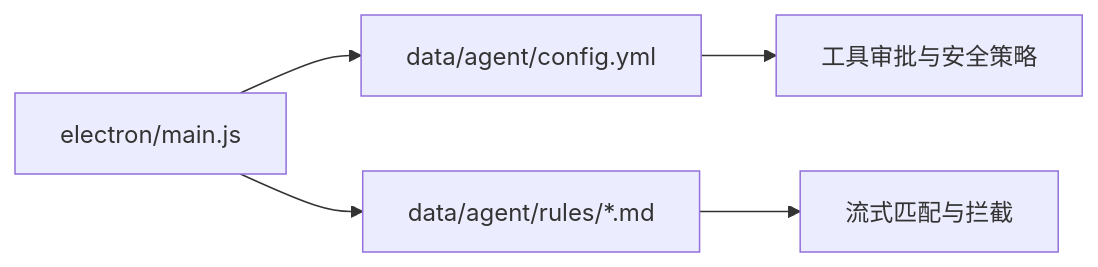
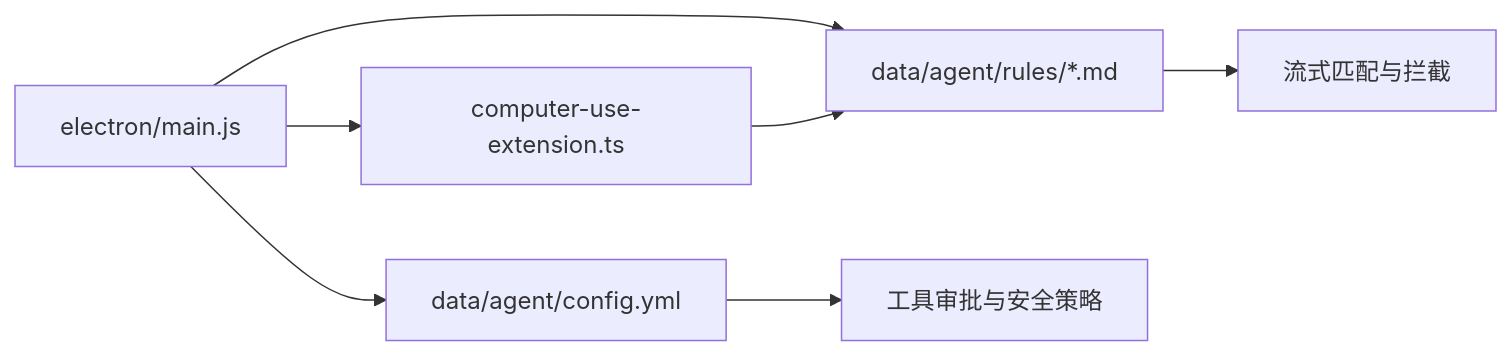
One commit to swond-Mao/Tiffa changed the fifth of 5 diagrams in .qoder/repowiki/zh/content/约束系统/约束系统.md. Above: the diagram before and after it, drawn with Mermaid. The commit also changed other lines of this file and 18 other files, not shown here.

````diff
--- a/.qoder/repowiki/zh/content/约束系统/约束系统.md
+++ b/.qoder/repowiki/zh/content/约束系统/约束系统.md
@@ -273,7 +278,9 @@
 ```mermaid
 graph LR
-Main["electron/main.js"] --> Config["data/agent/config.yml"]
+Main["electron/main.js"] --> Ext["computer-use-extension.ts"]
+Main --> Config["data/agent/config.yml"]
 Main --> Rules["data/agent/rules/*.md"]
+Ext --> Rules
 Rules --> Flow["流式匹配与拦截"]
 Config --> Policy["工具审批与安全策略"]
 ```
````
